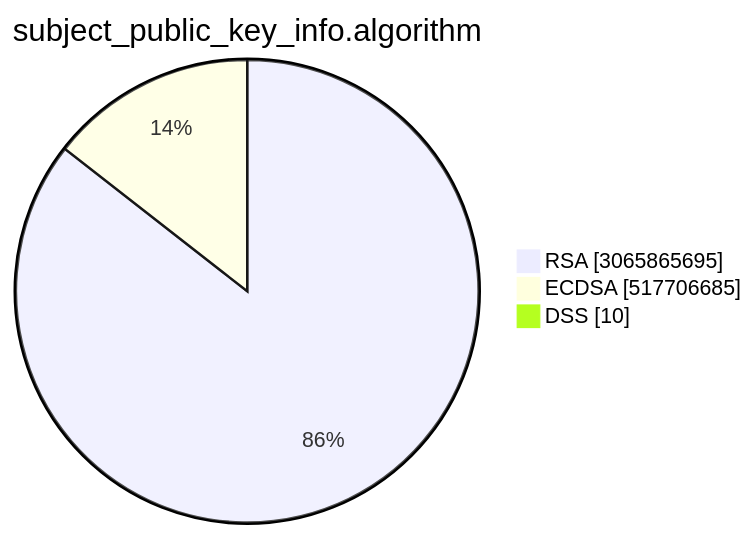
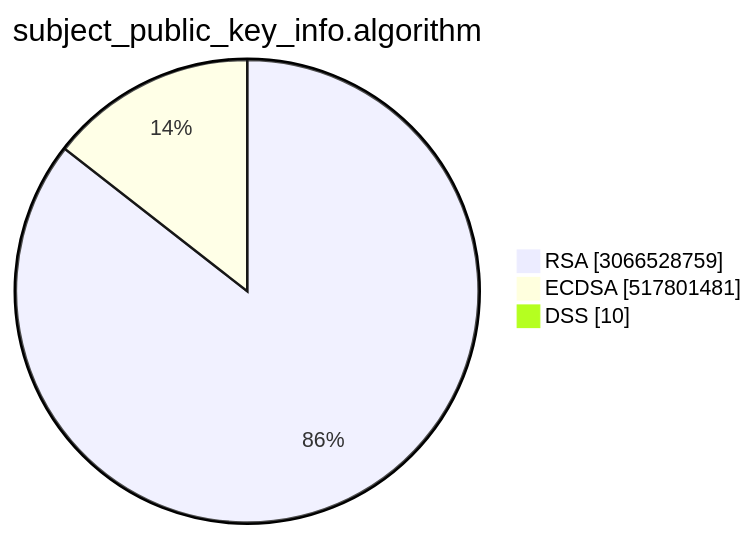
One commit to christiankrug/ctmonitor_visualization changed the second of 15 diagrams in TOTAL/README.md. Above: the diagram before and after it, drawn with Mermaid. The commit also changed other lines of this file, not shown here.

````diff
--- a/TOTAL/README.md
+++ b/TOTAL/README.md
@@ -6,7 +6,7 @@
 ```mermaid
 pie showData
 title subject_public_key_info.algorithm
-"RSA" :3065865695
-"ECDSA" :517706685
+"RSA" :3066528759
+"ECDSA" :517801481
 "DSS" :10
 ```
````
